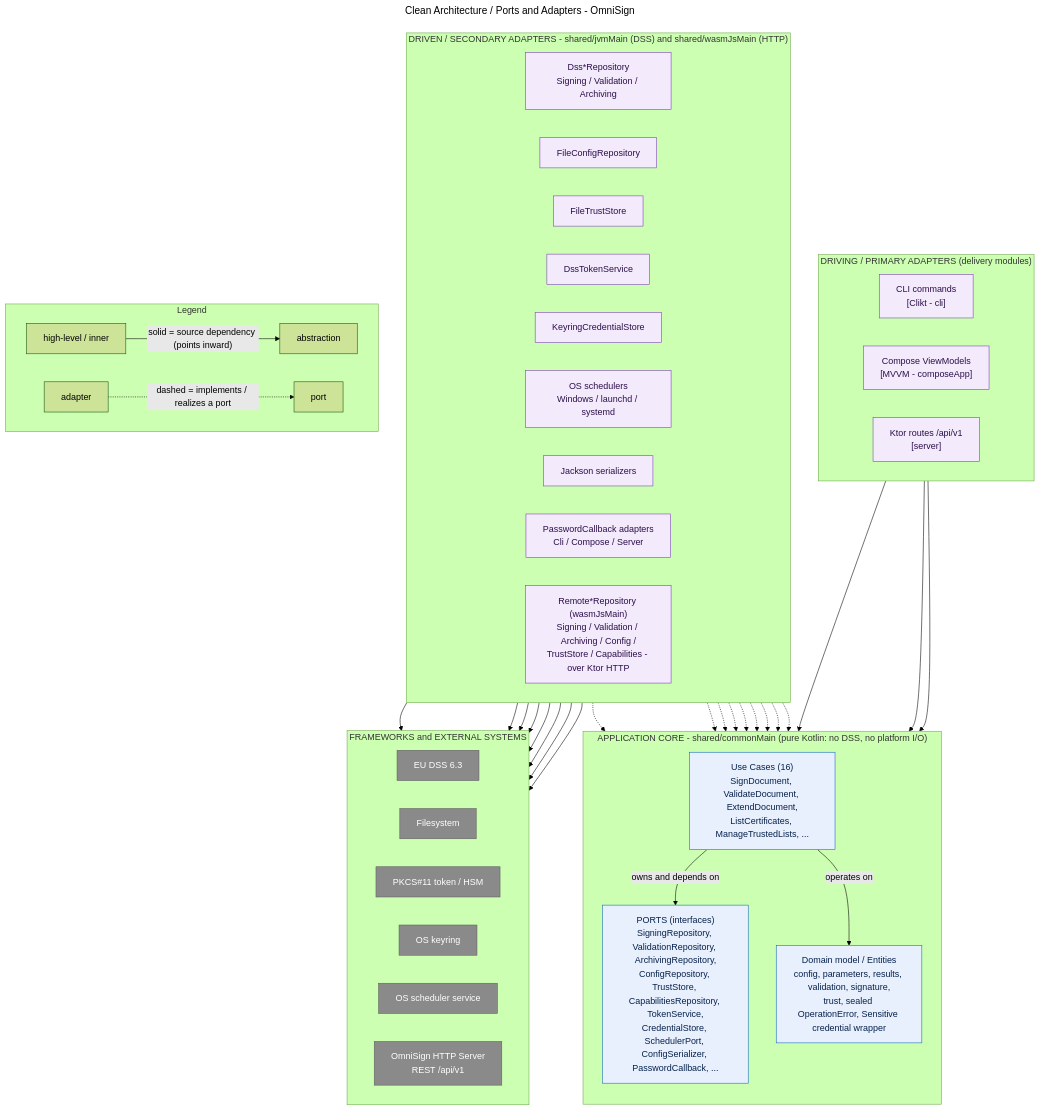
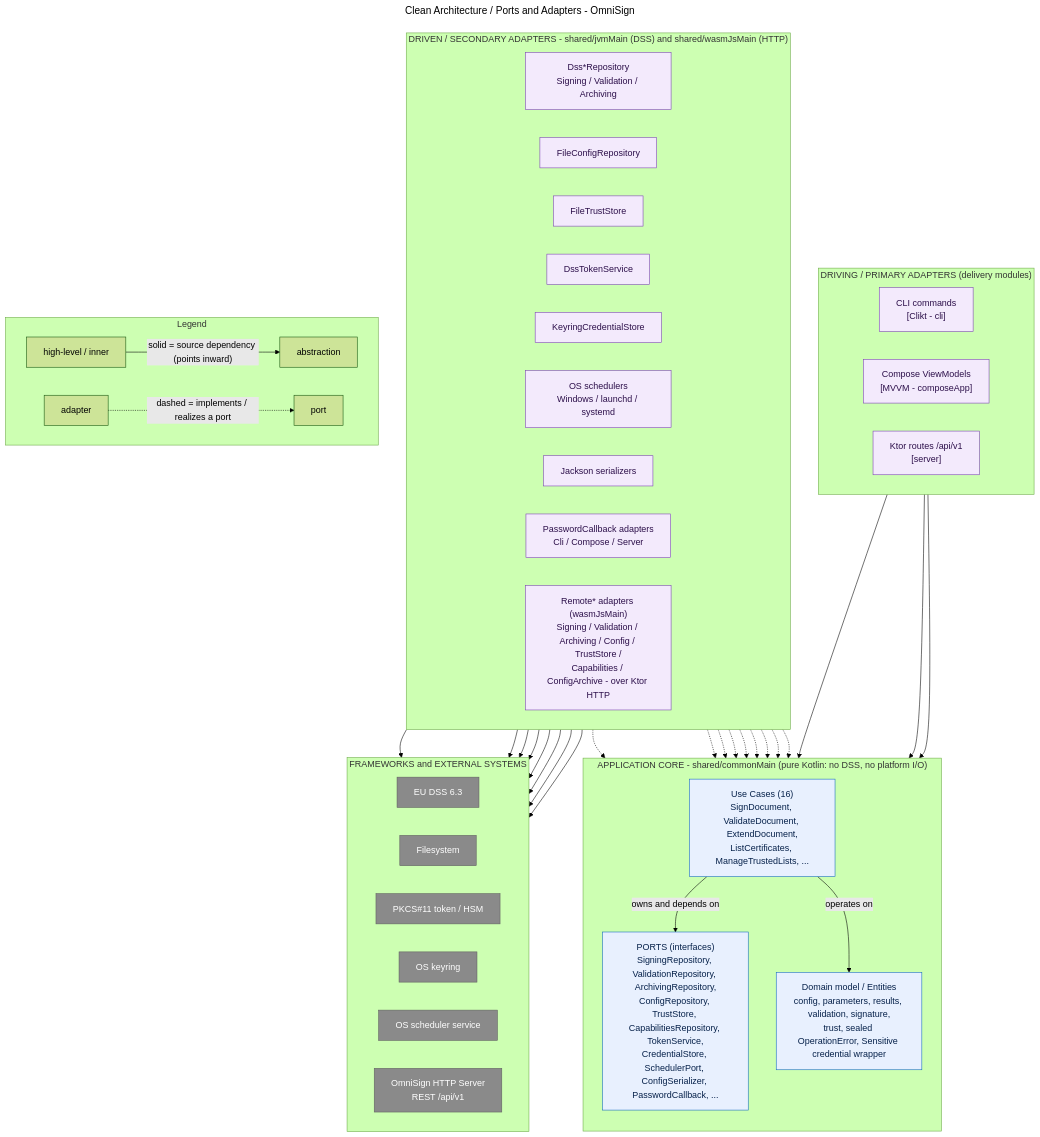
Before and after one commit to pizavo/omnisign: the diagram in docs/diagrams/03-clean-architecture-ports-adapters.mmd, drawn with Mermaid (forest theme). The commit also changed 3 other files, not shown here.

First line of the commit message:
docs: correct drift in the architecture diagrams

```diff
--- a/docs/diagrams/03-clean-architecture-ports-adapters.mmd
+++ b/docs/diagrams/03-clean-architecture-ports-adapters.mmd
@@ -1,78 +1,78 @@
 ---
 title: Clean Architecture / Ports and Adapters - OmniSign
 ---
 flowchart TB
   subgraph PRIMARY["DRIVING / PRIMARY ADAPTERS (delivery modules)"]
     direction LR
     CLI["CLI commands<br/>[Clikt - cli]"]
     VM["Compose ViewModels<br/>[MVVM - composeApp]"]
     ROUTES["Ktor routes /api/v1<br/>[server]"]
   end
 
   subgraph CORE["APPLICATION CORE - shared/commonMain (pure Kotlin: no DSS, no platform I/O)"]
     direction TB
     UC["Use Cases (16)<br/>SignDocument, ValidateDocument, ExtendDocument,<br/>ListCertificates, ManageTrustedLists, ..."]
     PORTS["PORTS (interfaces)<br/>SigningRepository, ValidationRepository, ArchivingRepository,<br/>ConfigRepository, TrustStore, CapabilitiesRepository, TokenService,<br/>CredentialStore, SchedulerPort, ConfigSerializer, PasswordCallback, ..."]
     DOMAIN["Domain model / Entities<br/>config, parameters, results, validation, signature,<br/>trust, sealed OperationError, Sensitive credential wrapper"]
     UC -->|owns and depends on| PORTS
     UC -->|operates on| DOMAIN
   end
 
   subgraph SECONDARY["DRIVEN / SECONDARY ADAPTERS - shared/jvmMain (DSS) and shared/wasmJsMain (HTTP)"]
     direction LR
     DSSREPO["Dss*Repository<br/>Signing / Validation / Archiving"]
     FILECFG["FileConfigRepository"]
     FILETRUST["FileTrustStore"]
     TOKENSVC["DssTokenService"]
     CRED["KeyringCredentialStore"]
     SCHED["OS schedulers<br/>Windows / launchd / systemd"]
     SER["Jackson serializers"]
     PWCB["PasswordCallback adapters<br/>Cli / Compose / Server"]
-    REMOTE["Remote*Repository (wasmJsMain)<br/>Signing / Validation / Archiving / Config /<br/>TrustStore / Capabilities - over Ktor HTTP"]
+    REMOTE["Remote* adapters (wasmJsMain)<br/>Signing / Validation / Archiving / Config / TrustStore /<br/>Capabilities / ConfigArchive - over Ktor HTTP"]
   end
 
   subgraph FW["FRAMEWORKS and EXTERNAL SYSTEMS"]
     direction LR
     DSS["EU DSS 6.3"]
     FS["Filesystem"]
     PKCS["PKCS#11 token / HSM"]
     KEYRING["OS keyring"]
     OSSVC["OS scheduler service"]
     API["OmniSign HTTP Server<br/>REST /api/v1"]
   end
 
   CLI --> UC
   VM --> UC
   ROUTES --> UC
 
   DSSREPO -.-> PORTS
   FILECFG -.-> PORTS
   FILETRUST -.-> PORTS
   TOKENSVC -.-> PORTS
   CRED -.-> PORTS
   SCHED -.-> PORTS
   SER -.-> PORTS
   PWCB -.-> PORTS
   REMOTE -.-> PORTS
 
   DSSREPO --> DSS
   DSSREPO --> PKCS
   FILECFG --> FS
   FILETRUST --> FS
   TOKENSVC --> PKCS
   CRED --> KEYRING
   SCHED --> OSSVC
   REMOTE --> API
 
   subgraph legend["Legend"]
     direction LR
     lh["high-level / inner"] -->|"solid = source dependency (points inward)"| labr["abstraction"]
     lad["adapter"] -.->|"dashed = implements / realizes a port"| lpo["port"]
   end
 
   classDef core fill:#e8f0fe,stroke:#1168bd,color:#06214a
   classDef adapter fill:#f3eafc,stroke:#7a3fb5,color:#2c0f4a
   classDef ext fill:#8a8a8a,stroke:#5f5f5f,color:#ffffff
   class UC,PORTS,DOMAIN core
   class CLI,VM,ROUTES,DSSREPO,FILECFG,FILETRUST,TOKENSVC,CRED,SCHED,SER,PWCB,REMOTE adapter
   class DSS,FS,PKCS,KEYRING,OSSVC,API ext
```
